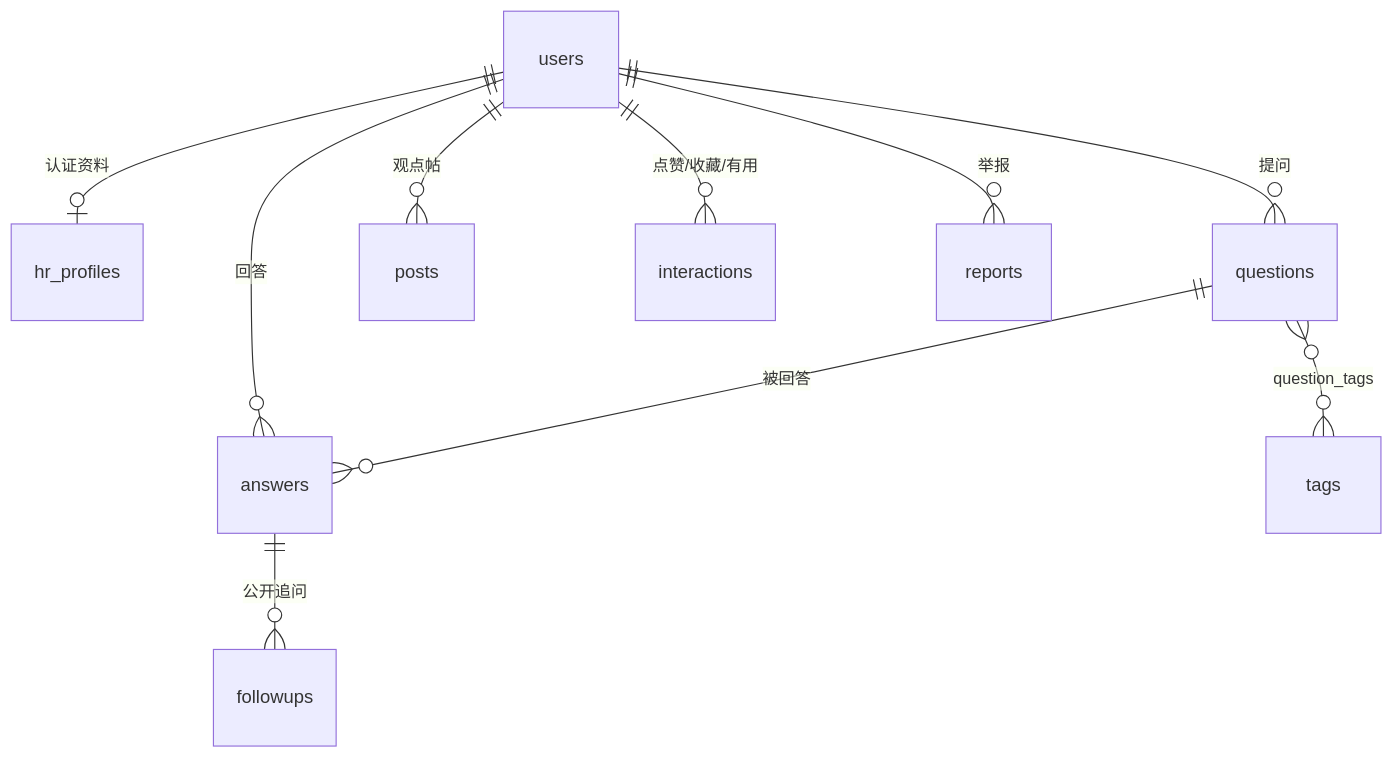
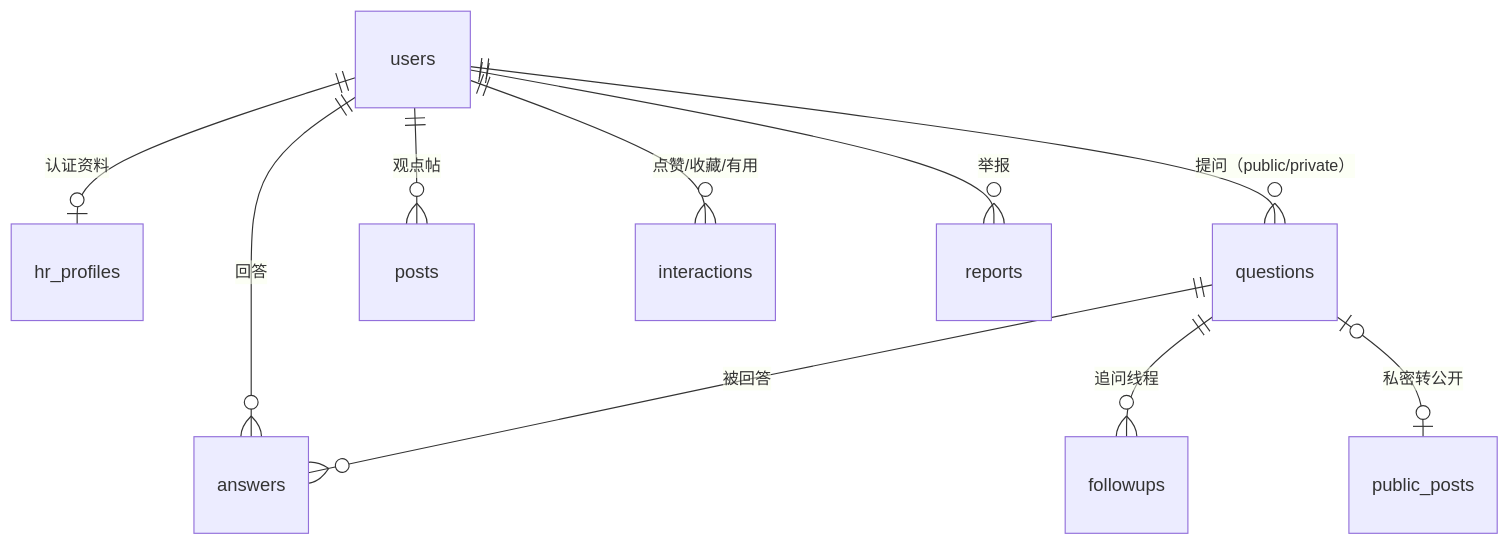
The second of 4 diagrams in docs/技术方案-职问桥.md (Clover1218/CareerQ), drawn with Mermaid before and after one commit. The commit also changed other lines of this file and 4 other files, not shown here.

````diff
--- a/docs/技术方案-职问桥.md
+++ b/docs/技术方案-职问桥.md
@@ -75,12 +92,12 @@
 ```mermaid
 erDiagram
     users ||--o| hr_profiles : "认证资料"
-    users ||--o{ questions : "提问"
+    users ||--o{ questions : "提问（public/private）"
     users ||--o{ answers : "回答"
     questions ||--o{ answers : "被回答"
-    answers ||--o{ followups : "公开追问"
-    questions }o--o{ tags : "question_tags"
+    questions ||--o{ followups : "追问线程"
+    questions o|--o| public_posts : "私密转公开"
     users ||--o{ posts : "观点帖"
     users ||--o{ interactions : "点赞/收藏/有用"
     users ||--o{ reports : "举报"
 ```
````
